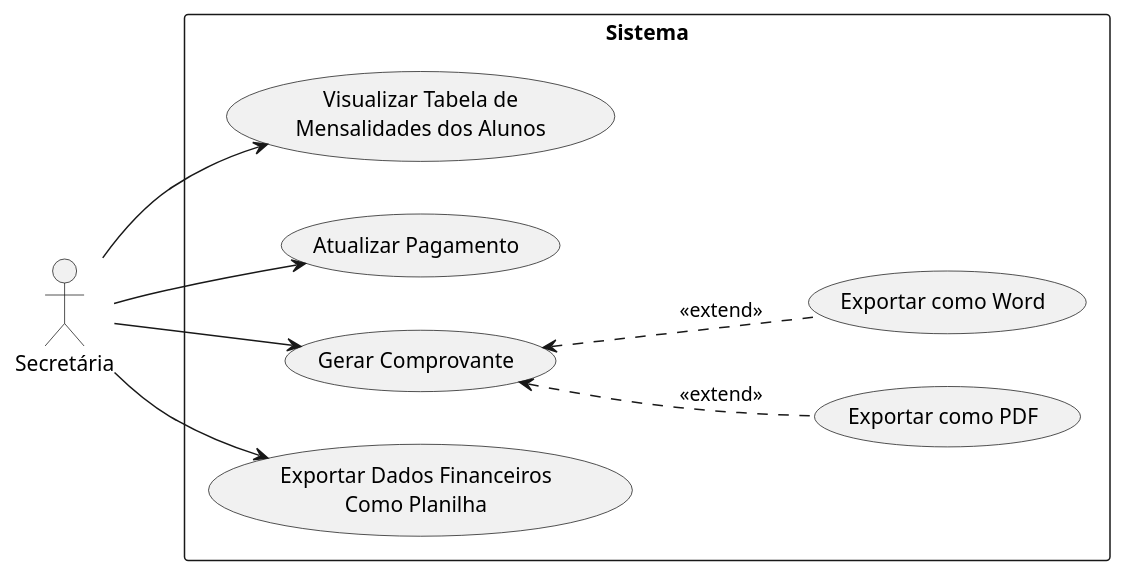
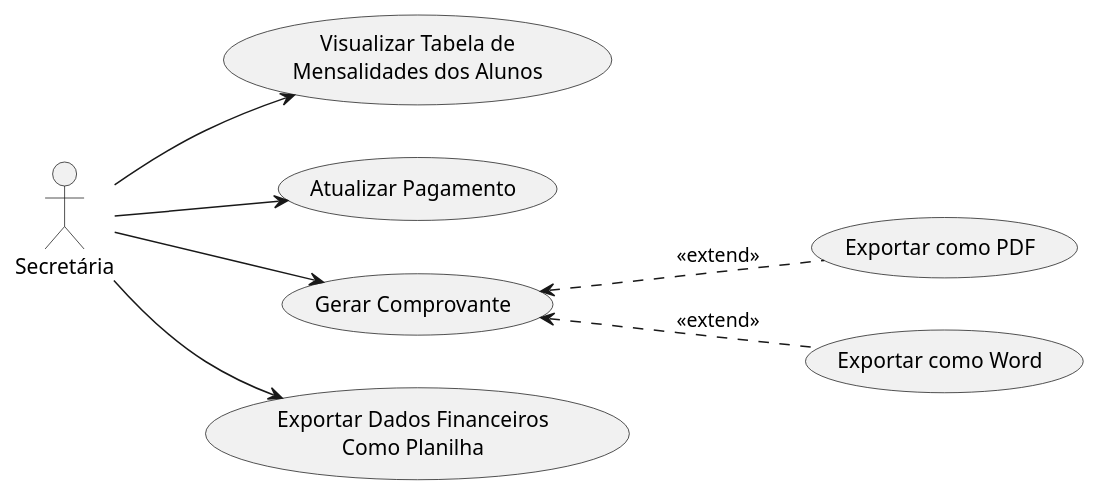
The diagram in Diagrama_Secretaria.puml (viniciusdias2902/modelagem_uml), drawn with PlantUML before and after one commit. The commit also changed 9 other files, not shown here.

Commit message:
Adição das fotos dos diagramas de caso de uso

```diff
--- a/Diagrama_Secretaria.puml
+++ b/Diagrama_Secretaria.puml
@@ -1,23 +1,21 @@
 @startuml
 left to right direction
 
 actor "Secretária" as Secretaria
 
-rectangle Sistema {
-    usecase "Visualizar Tabela de\nMensalidades dos Alunos" as UC09
-    usecase "Atualizar Pagamento" as UC10
-    usecase "Gerar Comprovante" as UC11
-    usecase "Exportar como PDF" as UC11a
-    usecase "Exportar como Word" as UC11b
-    usecase "Exportar Dados Financeiros\nComo Planilha" as UC12
-}
+usecase "Visualizar Tabela de\nMensalidades dos Alunos" as UC09
+usecase "Atualizar Pagamento" as UC10
+usecase "Gerar Comprovante" as UC11
+usecase "Exportar como PDF" as UC11a
+usecase "Exportar como Word" as UC11b
+usecase "Exportar Dados Financeiros\nComo Planilha" as UC12
 
 Secretaria --> UC09
 Secretaria --> UC10
 Secretaria --> UC11
 Secretaria --> UC12
 
 UC11 <.. UC11a : <<extend>>
 UC11 <.. UC11b : <<extend>>
 
 @enduml
```
